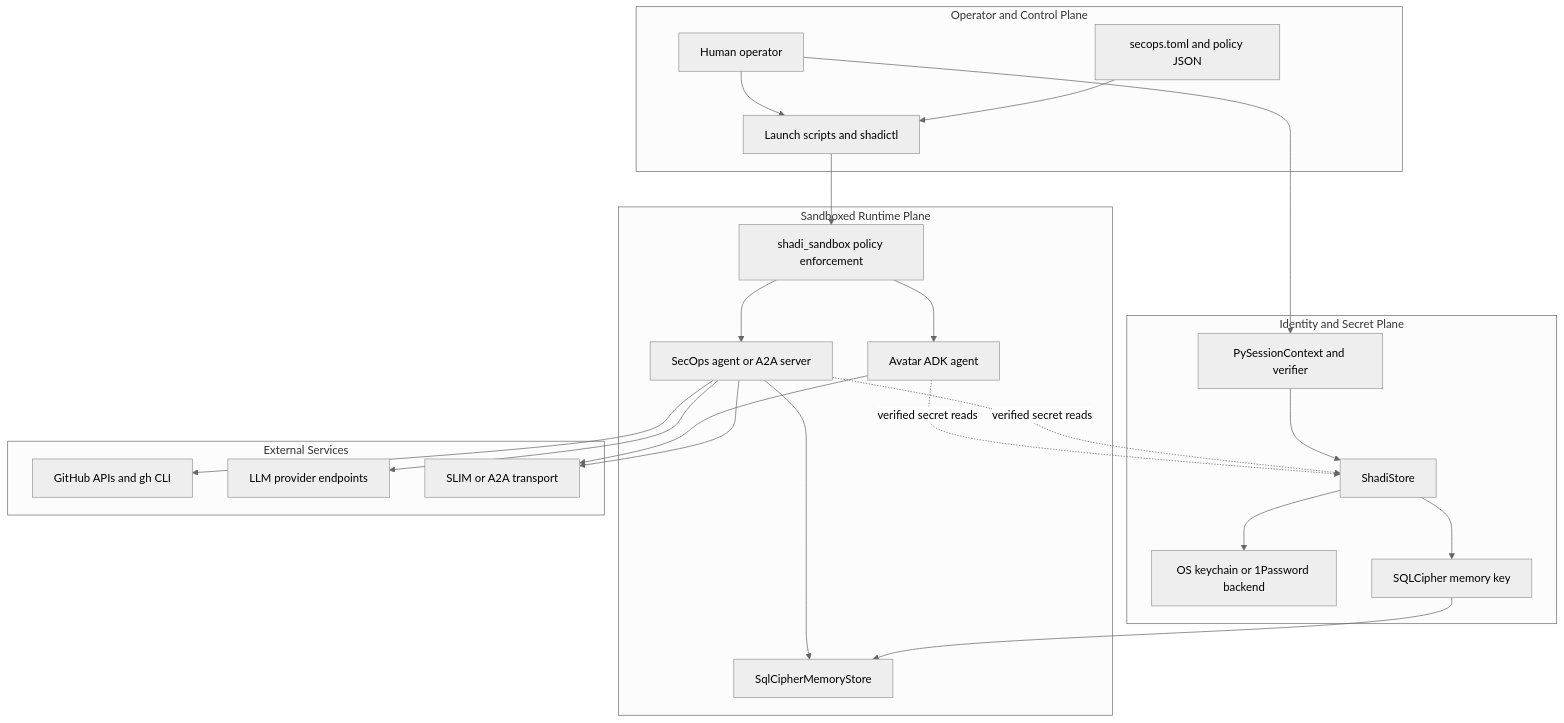
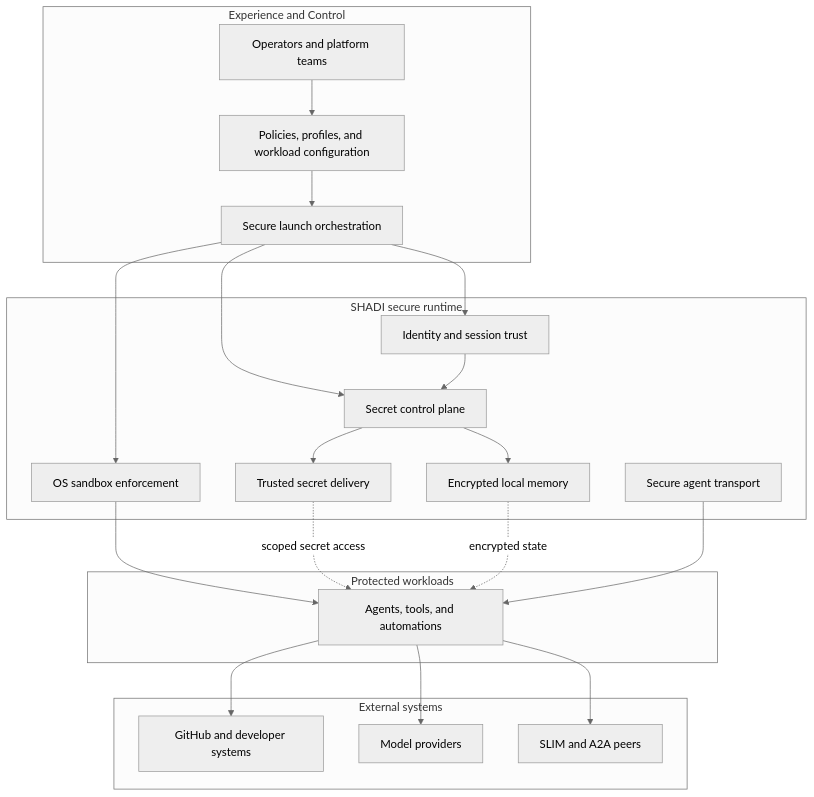
One commit to agntcy/shadi changed the first of 6 diagrams in docs/architecture.md. Above: the diagram before and after it, drawn with Mermaid (neutral theme). The commit also changed other lines of this file and 35 other files, not shown here.

Commit message:
feat(shadictl): harden trusted secret delivery

````diff
--- a/docs/architecture.md
+++ b/docs/architecture.md
@@ -143,46 +22,43 @@
 ```mermaid
 flowchart TB
-  subgraph Operator[Operator and Control Plane]
-    Human[Human operator]
-    Config[secops.toml and policy JSON]
-    Launchers[Launch scripts and shadictl]
+  subgraph Experience[Experience and Control]
+    Operator[Operators and platform teams]
+    Configuration[Policies, profiles, and workload configuration]
+    Launch[Secure launch orchestration]
   end
 
-  subgraph Trust[Identity and Secret Plane]
-    Verify[PySessionContext and verifier]
-    Secrets[ShadiStore]
-    Keychain[OS keychain or 1Password backend]
-    MemoryKey[SQLCipher memory key]
+  subgraph Platform[SHADI secure runtime]
+    Identity[Identity and session trust]
+    SecretControl[Secret control plane]
+    Delivery[Trusted secret delivery]
+    Enforcement[OS sandbox enforcement]
+    Memory[Encrypted local memory]
+    Transport[Secure agent transport]
   end
 
-  subgraph Runtime[Sandboxed Runtime Plane]
-    Sandbox[shadi_sandbox policy enforcement]
-    Avatar[Avatar ADK agent]
-    SecOps[SecOps agent or A2A server]
-    Memory[SqlCipherMemoryStore]
+  subgraph Workloads[Protected workloads]
+    Agents[Agents, tools, and automations]
   end
 
-  subgraph External[External Services]
-    GitHub[GitHub APIs and gh CLI]
-    Models[LLM provider endpoints]
-    SLIM[SLIM or A2A transport]
+  subgraph Services[External systems]
+    Repos[GitHub and developer systems]
+    Models[Model providers]
+    Peers[SLIM and A2A peers]
   end
 
-  Human --> Launchers
-  Config --> Launchers
-  Launchers --> Sandbox
-  Human --> Verify
-  Verify --> Secrets
-  Secrets --> Keychain
-  Secrets --> MemoryKey
-  Sandbox --> Avatar
-  Sandbox --> SecOps
-  Avatar --> SLIM
-  SecOps --> SLIM
-  SecOps --> GitHub
-  SecOps --> Models
-  SecOps --> Memory
-  MemoryKey --> Memory
-  Avatar -. verified secret reads .-> Secrets
-  SecOps -. verified secret reads .-> Secrets
+  Operator --> Configuration
+  Configuration --> Launch
+  Launch --> Identity
+  Launch --> SecretControl
+  Launch --> Enforcement
+  Identity --> SecretControl
+  SecretControl --> Delivery
+  SecretControl --> Memory
+  Enforcement --> Agents
+  Delivery -. scoped secret access .-> Agents
+  Memory -. encrypted state .-> Agents
+  Transport --> Agents
+  Agents --> Repos
+  Agents --> Models
+  Agents --> Peers
 ```
````
